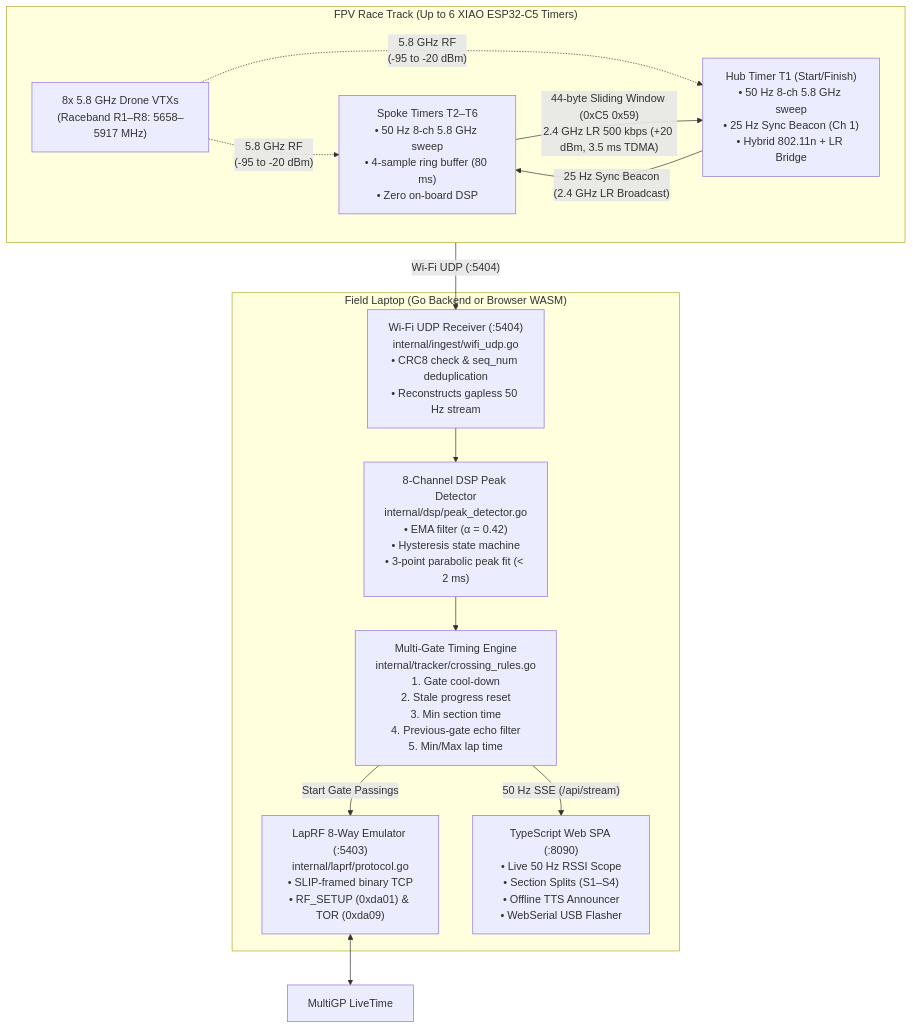
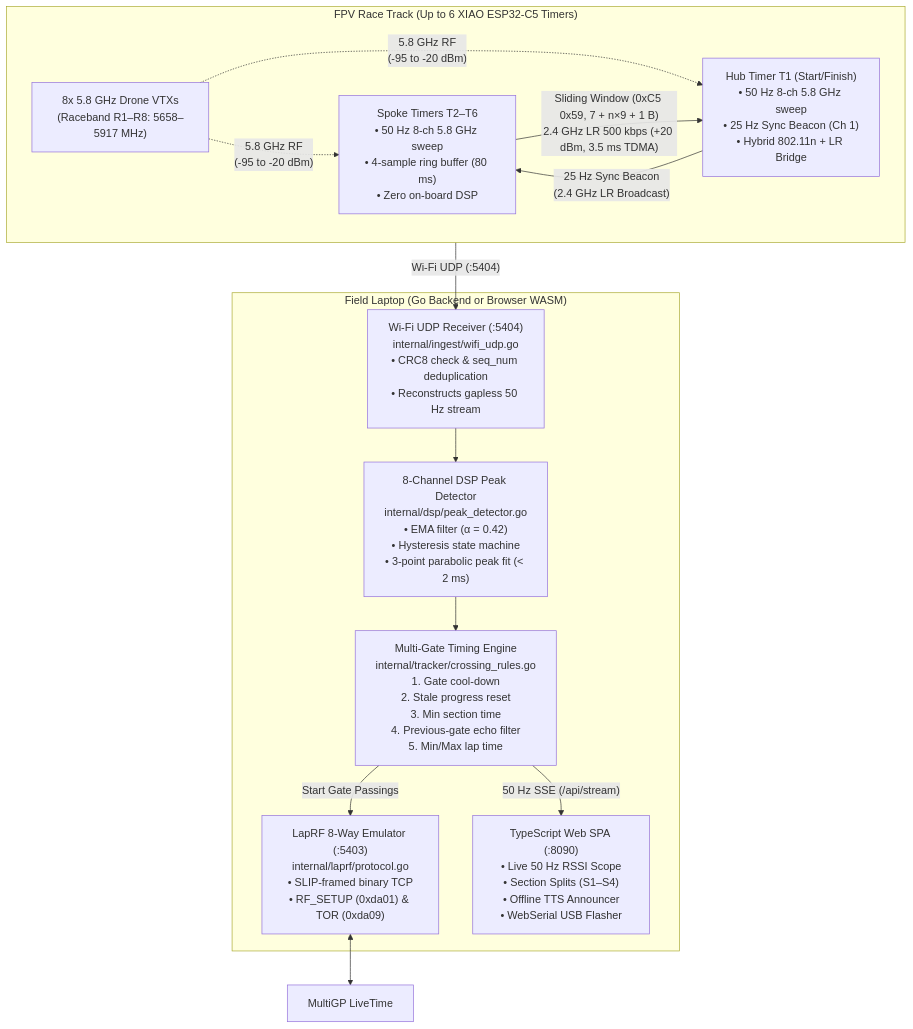
Before and after one commit to kaack/SlapRF: the first of 6 diagrams in docs/ARCHITECTURE.md, drawn with Mermaid. The commit also changed other lines of this file and 35 other files, not shown here.

````diff
--- a/docs/ARCHITECTURE.md
+++ b/docs/ARCHITECTURE.md
@@ -39,31 +39,31 @@
 ```mermaid
 flowchart TB
     subgraph Field["FPV Race Track (Up to 6 XIAO ESP32-C5 Timers)"]
         direction LR
         VTX["8x 5.8 GHz Drone VTXs\n(Raceband R1–R8: 5658–5917 MHz)"]
         Spokes["Spoke Timers T2–T6\n• 50 Hz 8-ch 5.8 GHz sweep\n• 4-sample ring buffer (80 ms)\n• Zero on-board DSP"]
         Hub["Hub Timer T1 (Start/Finish)\n• 50 Hz 8-ch 5.8 GHz sweep\n• 25 Hz Sync Beacon (Ch 1)\n• Hybrid 802.11n + LR Bridge"]
 
         VTX -. "5.8 GHz RF\n(-95 to -20 dBm)" .-> Spokes
         VTX -. "5.8 GHz RF\n(-95 to -20 dBm)" .-> Hub
         Hub -- "25 Hz Sync Beacon\n(2.4 GHz LR Broadcast)" --> Spokes
-        Spokes -- "44-byte Sliding Window (0xC5 0x59)\n2.4 GHz LR 500 kbps (+20 dBm, 3.5 ms TDMA)" --> Hub
+        Spokes -- "Sliding Window (0xC5 0x59, 7 + n×9 + 1 B)\n2.4 GHz LR 500 kbps (+20 dBm, 3.5 ms TDMA)" --> Hub
     end
 
     subgraph Laptop["Field Laptop (Go Backend or Browser WASM)"]
         UDP["Wi-Fi UDP Receiver (:5404)\ninternal/ingest/wifi_udp.go\n• CRC8 check & seq_num deduplication\n• Reconstructs gapless 50 Hz stream"]
         DSP["8-Channel DSP Peak Detector\ninternal/dsp/peak_detector.go\n• EMA filter (α = 0.42)\n• Hysteresis state machine\n• 3-point parabolic peak fit (< 2 ms)"]
         Rules["Multi-Gate Timing Engine\ninternal/tracker/crossing_rules.go\n1. Gate cool-down\n2. Stale progress reset\n3. Min section time\n4. Previous-gate echo filter\n5. Min/Max lap time"]
         LapRF["LapRF 8-Way Emulator (:5403)\ninternal/laprf/protocol.go\n• SLIP-framed binary TCP\n• RF_SETUP (0xda01) & TOR (0xda09)"]
         SPA["TypeScript Web SPA (:8090)\n• Live 50 Hz RSSI Scope\n• Section Splits (S1–S4)\n• Offline TTS Announcer\n• WebSerial USB Flasher"]
 
         Hub -- "Wi-Fi UDP (:5404)" --> UDP
         UDP --> DSP
         DSP --> Rules
         Rules -- "50 Hz SSE (/api/stream)" --> SPA
         Rules -- "Start Gate Passings" --> LapRF
     end
 
     LiveTime["MultiGP LiveTime"]
     LapRF <--> LiveTime
 ```
````
